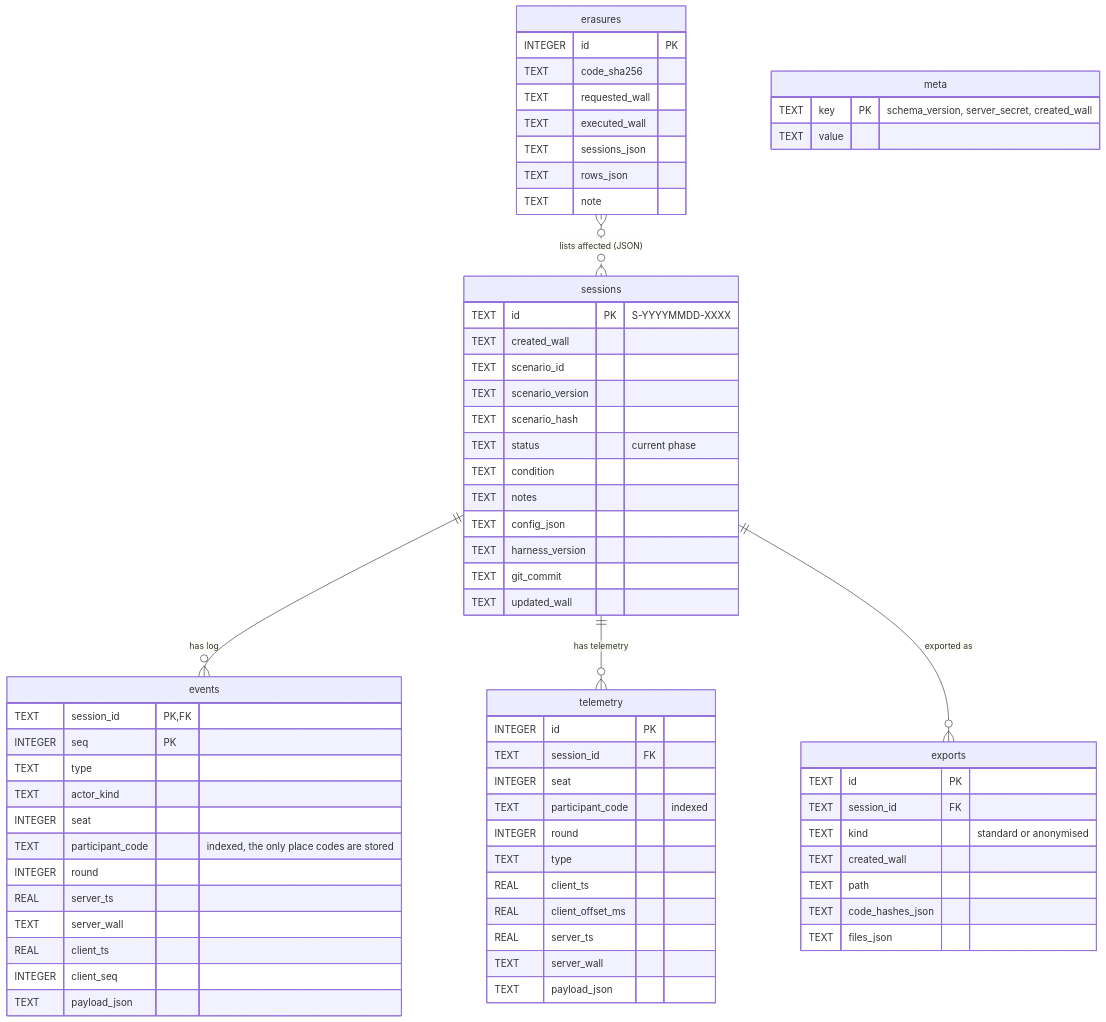
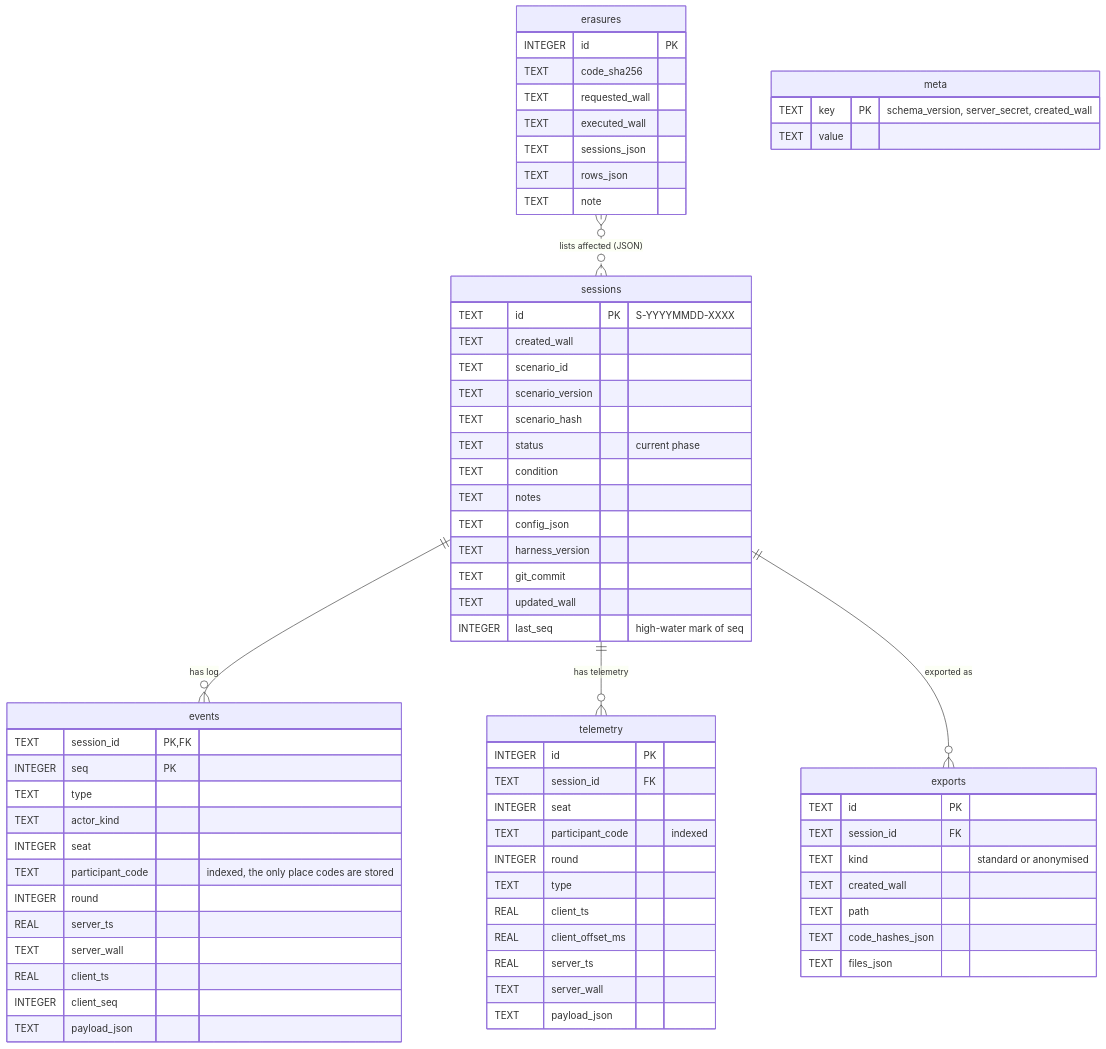
One commit to xy-zak/WhoKnowsWhoActs changed the first of 2 diagrams in docs/DATA-TYPES.md. Above: the diagram before and after it, drawn with Mermaid. The commit also changed other lines of this file and 10 other files, not shown here.

````diff
--- a/docs/DATA-TYPES.md
+++ b/docs/DATA-TYPES.md
@@ -55,70 +55,71 @@
 ```mermaid
 erDiagram
   sessions ||--o{ events : "has log"
   sessions ||--o{ telemetry : "has telemetry"
   sessions ||--o{ exports : "exported as"
   erasures }o..o{ sessions : "lists affected (JSON)"
   meta {
     TEXT key PK "schema_version, server_secret, created_wall"
     TEXT value
   }
   sessions {
     TEXT id PK "S-YYYYMMDD-XXXX"
     TEXT created_wall
     TEXT scenario_id
     TEXT scenario_version
     TEXT scenario_hash
     TEXT status "current phase"
     TEXT condition
     TEXT notes
     TEXT config_json
     TEXT harness_version
     TEXT git_commit
     TEXT updated_wall
+    INTEGER last_seq "high-water mark of seq"
   }
   events {
     TEXT session_id PK, FK
     INTEGER seq PK
     TEXT type
     TEXT actor_kind
     INTEGER seat
     TEXT participant_code "indexed, the only place codes are stored"
     INTEGER round
     REAL server_ts
     TEXT server_wall
     REAL client_ts
     INTEGER client_seq
     TEXT payload_json
   }
   telemetry {
     INTEGER id PK
     TEXT session_id FK
     INTEGER seat
     TEXT participant_code "indexed"
     INTEGER round
     TEXT type
     REAL client_ts
     REAL client_offset_ms
     REAL server_ts
     TEXT server_wall
     TEXT payload_json
   }
   erasures {
     INTEGER id PK
     TEXT code_sha256
     TEXT requested_wall
     TEXT executed_wall
     TEXT sessions_json
     TEXT rows_json
     TEXT note
   }
   exports {
     TEXT id PK
     TEXT session_id FK
     TEXT kind "standard or anonymised"
     TEXT created_wall
     TEXT path
     TEXT code_hashes_json
     TEXT files_json
   }
 ```
````
